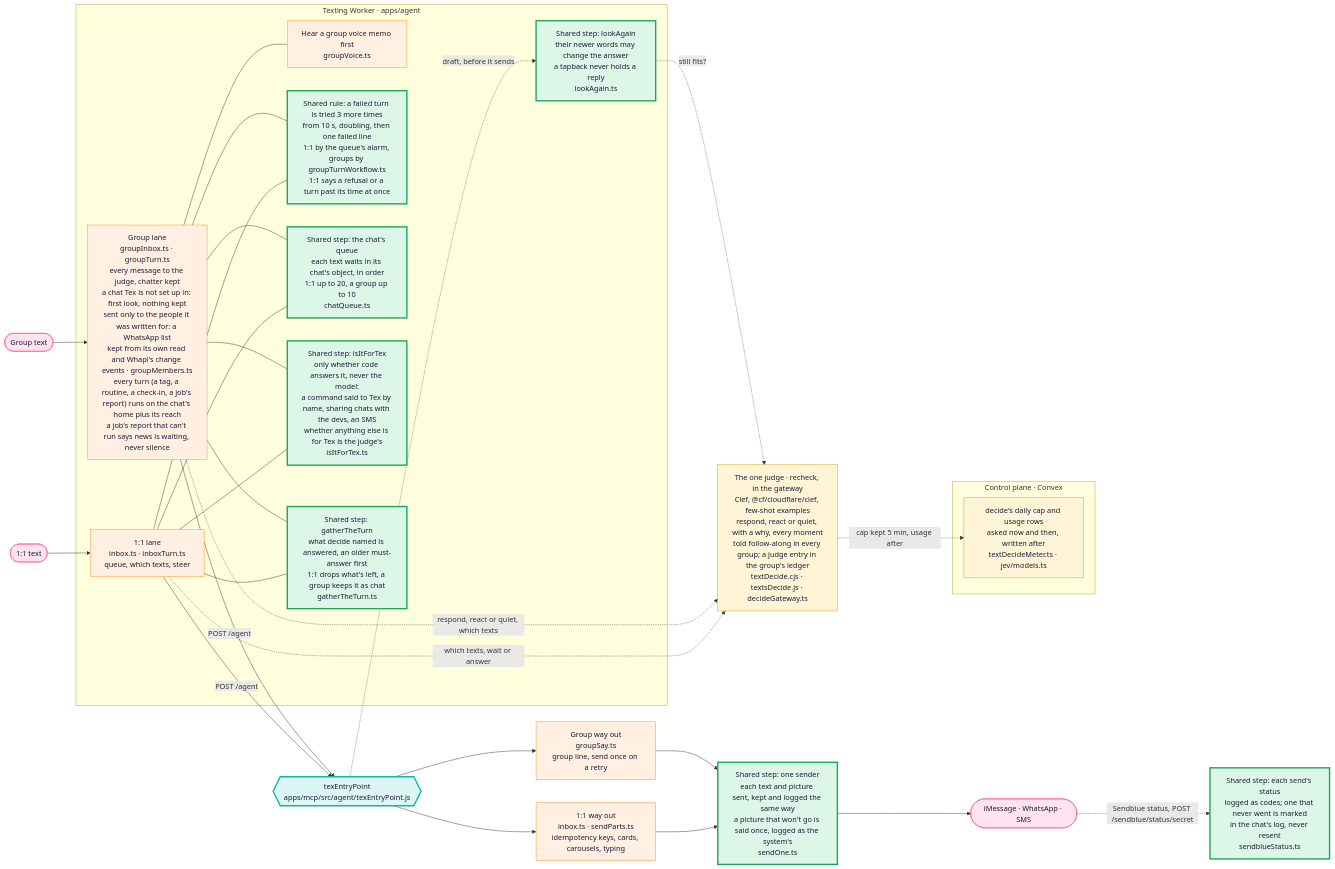
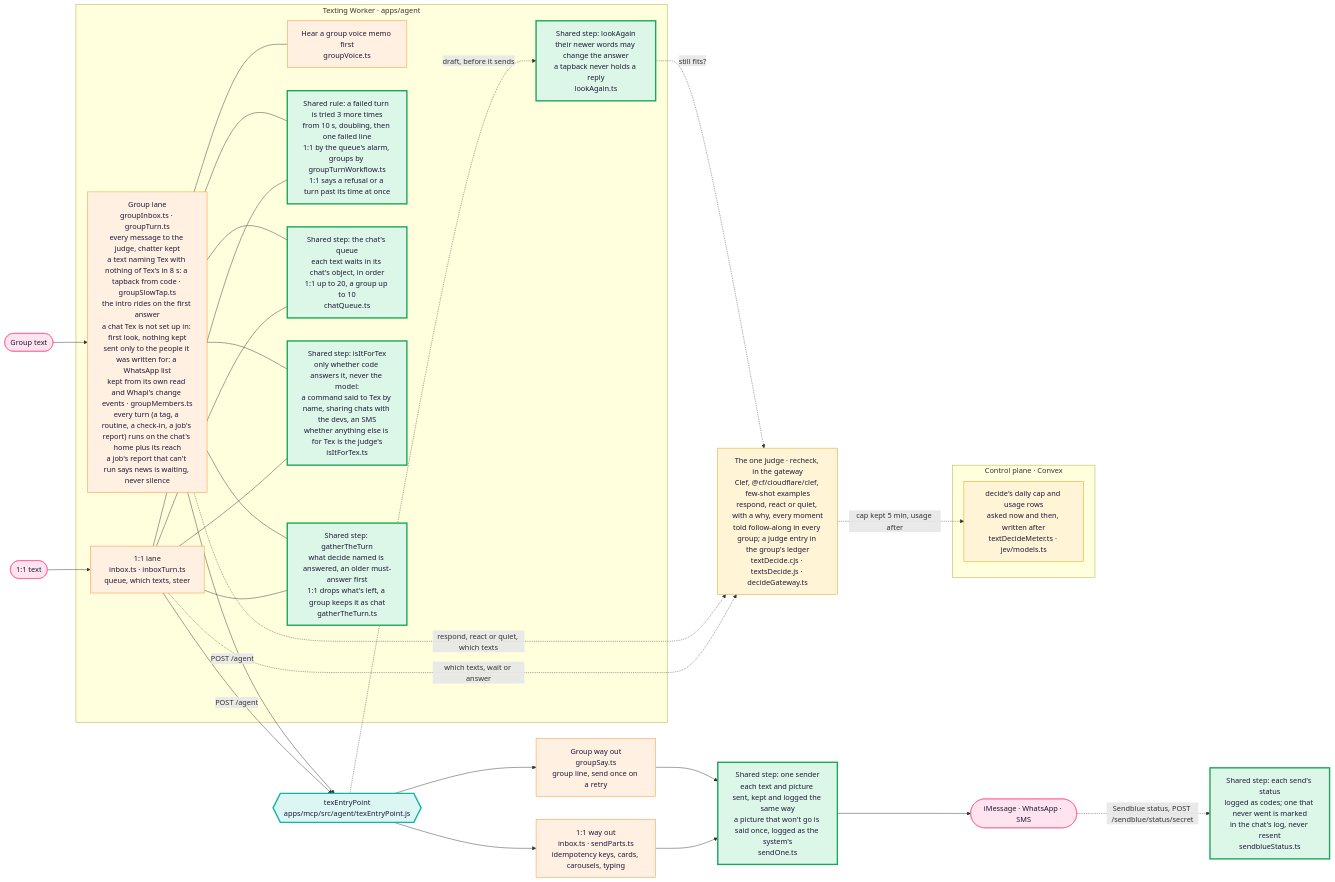
One commit to Supa-Media/context changed the first of 3 diagrams in docs/architecture/tex.md. Above: the diagram before and after it, drawn with Mermaid. The commit also changed other lines of this file and 30 other files, not shown here.

First line of the commit message:
Tex: job starts get Tex's own line or a tapback; slow group answers get a tapback from code (#3189)

````diff
--- a/docs/architecture/tex.md
+++ b/docs/architecture/tex.md
@@ -22,47 +22,47 @@
 ```mermaid
 flowchart LR
   P1([1:1 text]):::you --> W1
   P2([Group text]):::you --> W2
   subgraph Worker["Texting Worker · apps/agent"]
     W1["1:1 lane<br/>inbox.ts · inboxTurn.ts<br/>queue, which texts, steer"]:::pipe
-    W2["Group lane<br/>groupInbox.ts · groupTurn.ts<br/>every message to the judge, chatter kept<br/>a chat Tex is not set up in: first look, nothing kept<br/>sent only to the people it was written for: a WhatsApp list<br/>kept from its own read and Whapi's change events · groupMembers.ts<br/>every turn (a tag, a routine, a check-in, a job's report) runs on the chat's home plus its reach<br/>a job's report that can't run says news is waiting, never silence"]:::pipe
+    W2["Group lane<br/>groupInbox.ts · groupTurn.ts<br/>every message to the judge, chatter kept<br/>a text naming Tex with nothing of Tex's in 8 s: a tapback from code · groupSlowTap.ts<br/>the intro rides on the first answer<br/>a chat Tex is not set up in: first look, nothing kept<br/>sent only to the people it was written for: a WhatsApp list<br/>kept from its own read and Whapi's change events · groupMembers.ts<br/>every turn (a tag, a routine, a check-in, a job's report) runs on the chat's home plus its reach<br/>a job's report that can't run says news is waiting, never silence"]:::pipe
     H["Hear a group voice memo first<br/>groupVoice.ts"]:::pipe
     W2 --- H
     LA["Shared step: lookAgain<br/>their newer words may change the answer<br/>a tapback never holds a reply<br/>lookAgain.ts"]:::shared
     RT["Shared rule: a failed turn is tried 3 more times<br/>from 10 s, doubling, then one failed line<br/>1:1 by the queue's alarm, groups by groupTurnWorkflow.ts<br/>1:1 says a refusal or a turn past its time at once"]:::shared
     W1 --- RT
     W2 --- RT
     Q["Shared step: the chat's queue<br/>each text waits in its chat's object, in order<br/>1:1 up to 20, a group up to 10<br/>chatQueue.ts"]:::shared
     W1 --- Q
     W2 --- Q
     FT["Shared step: isItForTex<br/>only whether code answers it, never the model:<br/>a command said to Tex by name, sharing chats with the devs, an SMS<br/>whether anything else is for Tex is the judge's<br/>isItForTex.ts"]:::shared
     W1 --- FT
     W2 --- FT
     GT["Shared step: gatherTheTurn<br/>what decide named is answered, an older must-answer first<br/>1:1 drops what's left, a group keeps it as chat<br/>gatherTheTurn.ts"]:::shared
     W1 --- GT
     W2 --- GT
   end
   D["The one judge · recheck, in the gateway<br/>Clef, @cf/cloudflare/clef, few-shot examples<br/>respond, react or quiet, with a why, every moment<br/>told follow-along in every group; a judge entry in the group's ledger<br/>textDecide.cjs · textsDecide.js · decideGateway.ts"]:::judge
   subgraph Control["Control plane · Convex"]
     CAP["decide's daily cap and usage rows<br/>asked now and then, written after<br/>textDecideMeter.ts · jev/models.ts"]:::judge
   end
   D -. cap kept 5 min, usage after .-> CAP
   W1 -. which texts, wait or answer .-> D
   W2 -. respond, react or quiet, which texts .-> D
   E -. draft, before it sends .-> LA
   LA -. still fits? .-> D
   W1 -->|POST /agent| E
   W2 -->|POST /agent| E
   E{{"texEntryPoint<br/>apps/mcp/src/agent/texEntryPoint.js"}}:::door
   E --> S1["1:1 way out<br/>inbox.ts · sendParts.ts<br/>idempotency keys, cards, carousels, typing"]:::pipe
   E --> S2["Group way out<br/>groupSay.ts<br/>group line, send once on a retry"]:::pipe
   S1 --> SO["Shared step: one sender<br/>each text and picture sent, kept and logged the same way<br/>a picture that won't go is said once, logged as the system's<br/>sendOne.ts"]:::shared
   S2 --> SO
   SO --> Out([iMessage · WhatsApp · SMS]):::you
   Out -. "Sendblue status, POST /sendblue/status/secret" .-> ST["Shared step: each send's status<br/>logged as codes; one that never went is marked<br/>in the chat's log, never resent<br/>sendblueStatus.ts"]:::shared
   classDef you fill:#ffe3ee,stroke:#ff4f8b,color:#1d1838
   classDef pipe fill:#fff0e2,stroke:#ff8a2a,color:#1d1838
   classDef door fill:#dcf7f3,stroke:#11b5a4,stroke-width:3px,color:#1d1838
   classDef judge fill:#fff5d6,stroke:#e09a00,color:#1d1838
   classDef shared fill:#dcf6e7,stroke:#19a75a,stroke-width:3px,color:#1d1838
 ```
````
